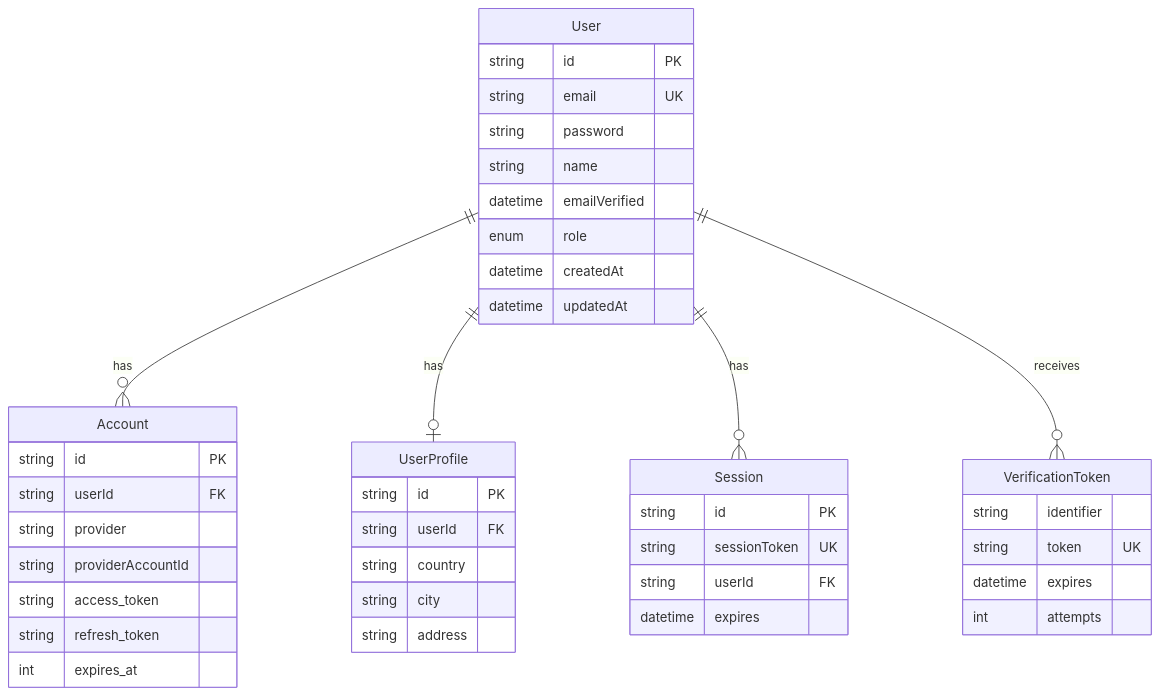
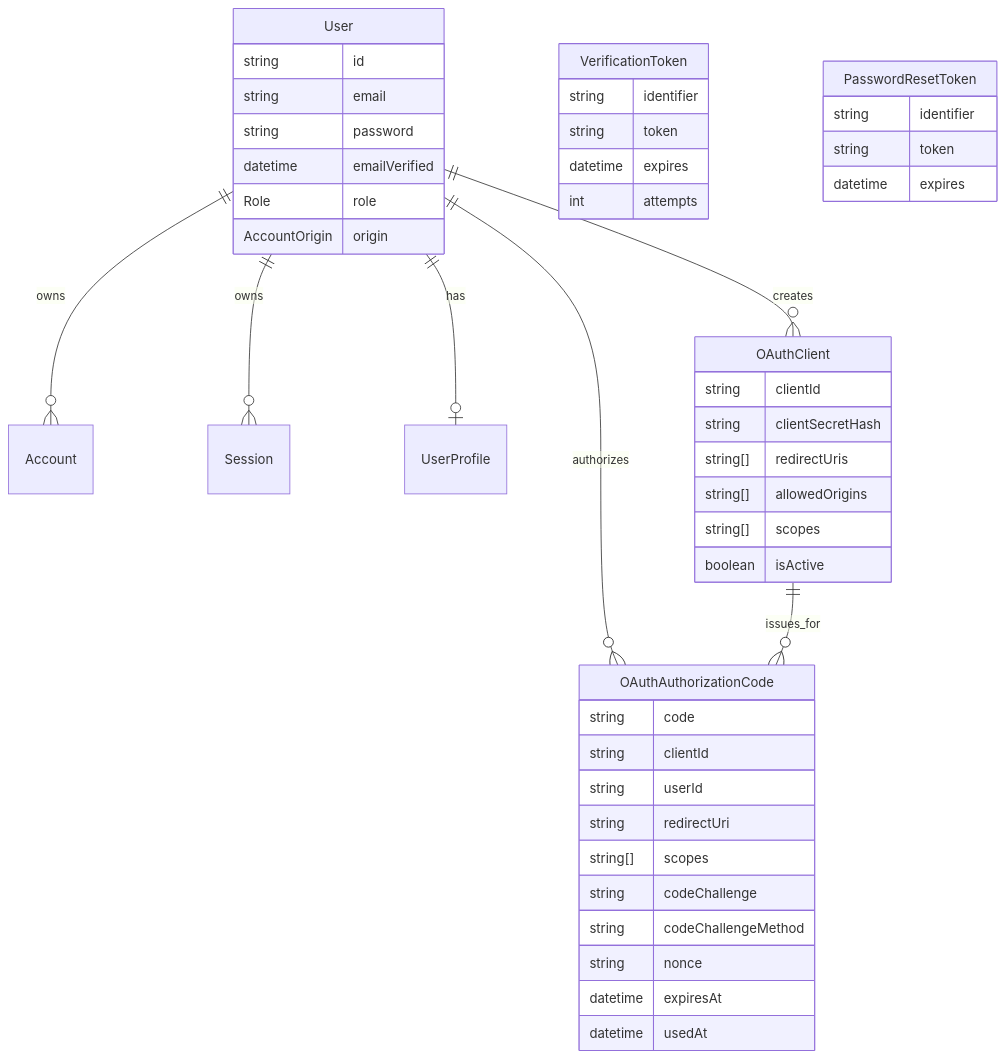
One commit to manumu-studio/auth-manumu-studio changed the third of 4 diagrams in docs/ARCHITECTURE.md. Above: the diagram before and after it, drawn with Mermaid. The commit also changed other lines of this file and 60 other files, not shown here.

````diff
--- a/docs/ARCHITECTURE.md
+++ b/docs/ARCHITECTURE.md
@@ -276,50 +190,53 @@
 ```mermaid
 erDiagram
-    User ||--o{ Account : has
+    User ||--o{ Account : owns
+    User ||--o{ Session : owns
     User ||--o| UserProfile : has
-    User ||--o{ Session : has
-    User ||--o{ VerificationToken : "receives"
+    User ||--o{ OAuthClient : creates
+    User ||--o{ OAuthAuthorizationCode : authorizes
+    OAuthClient ||--o{ OAuthAuthorizationCode : issues_for
 
     User {
-        string id PK
-        string email UK
-        string password
-        string name
-        datetime emailVerified
-        enum role
-        datetime createdAt
-        datetime updatedAt
-    }
-
-    Account {
-        string id PK
-        string userId FK
-        string provider
-        string providerAccountId
-        string access_token
-        string refresh_token
-        int expires_at
-    }
-
-    Session {
-        string id PK
-        string sessionToken UK
-        string userId FK
-        datetime expires
+      string id
+      string email
+      string password
+      datetime emailVerified
+      Role role
+      AccountOrigin origin
     }
 
     VerificationToken {
-        string identifier
-        string token UK
-        datetime expires
-        int attempts
+      string identifier
+      string token
+      datetime expires
+      int attempts
     }
 
-    UserProfile {
-        string id PK
-        string userId FK
-        string country
-        string city
-        string address
+    PasswordResetToken {
+      string identifier
+      string token
+      datetime expires
+    }
+
+    OAuthClient {
+      string clientId
+      string clientSecretHash
+      string[] redirectUris
+      string[] allowedOrigins
+      string[] scopes
+      boolean isActive
+    }
+
+    OAuthAuthorizationCode {
+      string code
+      string clientId
+      string userId
+      string redirectUri
+      string[] scopes
+      string codeChallenge
+      string codeChallengeMethod
+      string nonce
+      datetime expiresAt
+      datetime usedAt
     }
 ```
````
